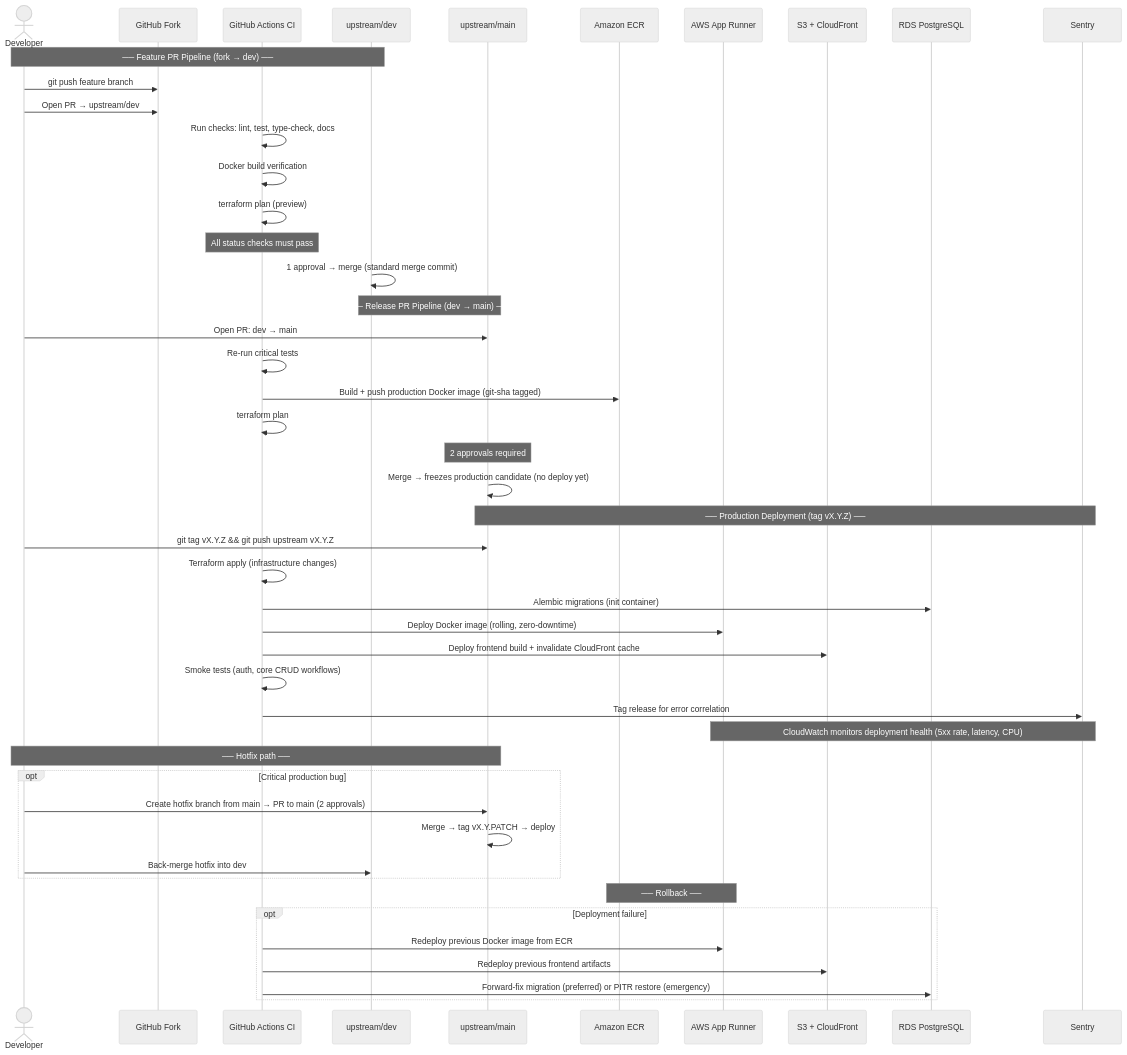
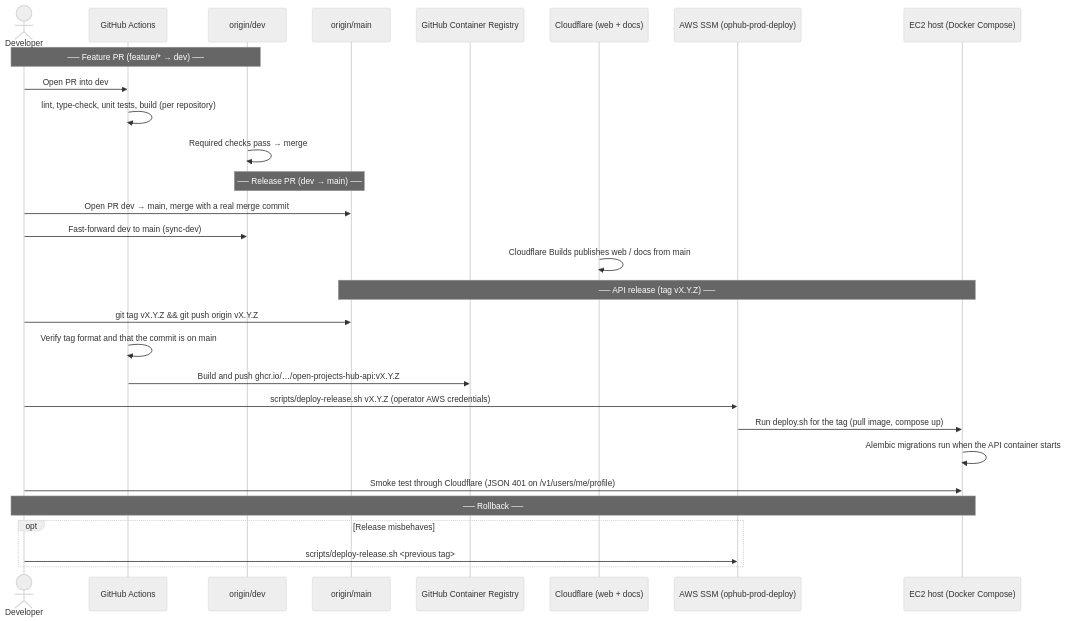
Diagram 13 of 13 in docs/03-architecture/diagrams/sequence-diagrams.md (alonsovndev/open-projects-hub-docs), drawn with Mermaid (neutral theme) before and after one commit. The commit also changed other lines of this file and 14 other files, not shown here.

First line of the commit message:
docs(architecture): describe the deployed Cloudflare and EC2 stack

````diff
--- a/docs/03-architecture/diagrams/sequence-diagrams.md
+++ b/docs/03-architecture/diagrams/sequence-diagrams.md
@@ -485,54 +480,35 @@
 ```mermaid
 sequenceDiagram
     actor Dev as Developer
-    participant Fork as GitHub Fork
-    participant CI as GitHub Actions CI
-    participant DevBranch as upstream/dev
-    participant Main as upstream/main
-    participant ECR as Amazon ECR
-    participant AppRunner as AWS App Runner
-    participant S3 as S3 + CloudFront
-    participant RDS as RDS PostgreSQL
-    participant Sentry
+    participant CI as GitHub Actions
+    participant DevBranch as origin/dev
+    participant Main as origin/main
+    participant GHCR as GitHub Container Registry
+    participant CF as Cloudflare (web + docs)
+    participant SSM as AWS SSM (ophub-prod-deploy)
+    participant Host as EC2 host (Docker Compose)
 
-    Note over Dev,DevBranch: ── Feature PR Pipeline (fork → dev) ──
-    Dev->>Fork: git push feature branch
-    Dev->>Fork: Open PR → upstream/dev
-    CI->>CI: Run checks: lint, test, type-check, docs
-    CI->>CI: Docker build verification
-    CI->>CI: terraform plan (preview)
-    Note over CI: All status checks must pass
-    DevBranch->>DevBranch: 1 approval → merge (standard merge commit)
+    Note over Dev,DevBranch: ── Feature PR (feature/* → dev) ──
+    Dev->>CI: Open PR into dev
+    CI->>CI: lint, type-check, unit tests, build (per repository)
+    DevBranch->>DevBranch: Required checks pass → merge
 
-    Note over DevBranch,Main: ── Release PR Pipeline (dev → main) ──
-    Dev->>Main: Open PR: dev → main
-    CI->>CI: Re-run critical tests
-    CI->>ECR: Build + push production Docker image (git-sha tagged)
-    CI->>CI: terraform plan
-    Note over Main: 2 approvals required
-    Main->>Main: Merge → freezes production candidate (no deploy yet)
+    Note over DevBranch,Main: ── Release PR (dev → main) ──
+    Dev->>Main: Open PR dev → main, merge with a real merge commit
+    Dev->>DevBranch: Fast-forward dev to main (sync-dev)
+    CF->>CF: Cloudflare Builds publishes web / docs from main
 
-    Note over Main,Sentry: ── Production Deployment (tag vX.Y.Z) ──
-    Dev->>Main: git tag vX.Y.Z && git push upstream vX.Y.Z
-    CI->>CI: Terraform apply (infrastructure changes)
-    CI->>RDS: Alembic migrations (init container)
-    CI->>AppRunner: Deploy Docker image (rolling, zero-downtime)
-    CI->>S3: Deploy frontend build + invalidate CloudFront cache
-    CI->>CI: Smoke tests (auth, core CRUD workflows)
-    CI->>Sentry: Tag release for error correlation
-    Note over AppRunner,Sentry: CloudWatch monitors deployment health (5xx rate, latency, CPU)
+    Note over Main,Host: ── API release (tag vX.Y.Z) ──
+    Dev->>Main: git tag vX.Y.Z && git push origin vX.Y.Z
+    CI->>CI: Verify tag format and that the commit is on main
+    CI->>GHCR: Build and push ghcr.io/…/open-projects-hub-api:vX.Y.Z
+    Dev->>SSM: scripts/deploy-release.sh vX.Y.Z (operator AWS credentials)
+    SSM->>Host: Run deploy.sh for the tag (pull image, compose up)
+    Host->>Host: Alembic migrations run when the API container starts
+    Dev->>Host: Smoke test through Cloudflare (JSON 401 on /v1/users/me/profile)
 
-    Note over Dev,Main: ── Hotfix path ──
-    opt Critical production bug
-        Dev->>Main: Create hotfix branch from main → PR to main (2 approvals)
-        Main->>Main: Merge → tag vX.Y.PATCH → deploy
-        Dev->>DevBranch: Back-merge hotfix into dev
-    end
-
-    Note over ECR,AppRunner: ── Rollback ──
-    opt Deployment failure
-        CI->>AppRunner: Redeploy previous Docker image from ECR
-        CI->>S3: Redeploy previous frontend artifacts
-        CI->>RDS: Forward-fix migration (preferred) or PITR restore (emergency)
+    Note over Dev,Host: ── Rollback ──
+    opt Release misbehaves
+        Dev->>SSM: scripts/deploy-release.sh <previous tag>
     end
 ```
````
